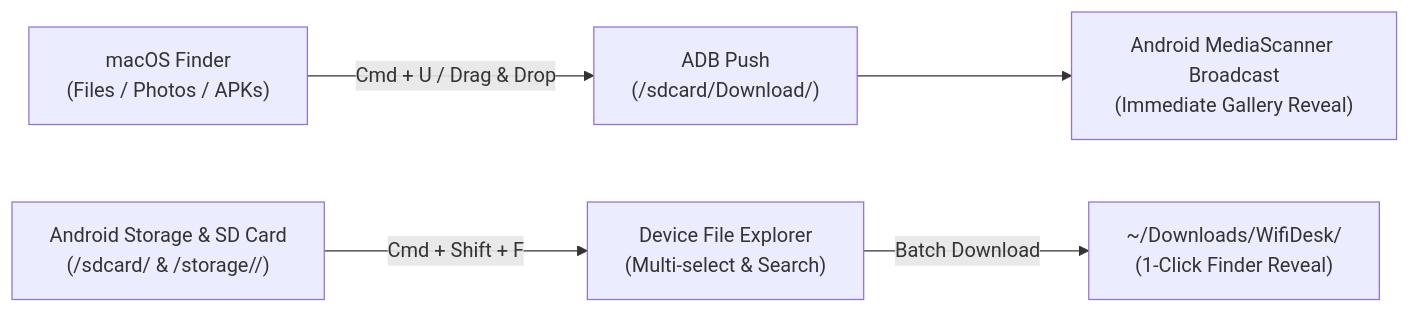
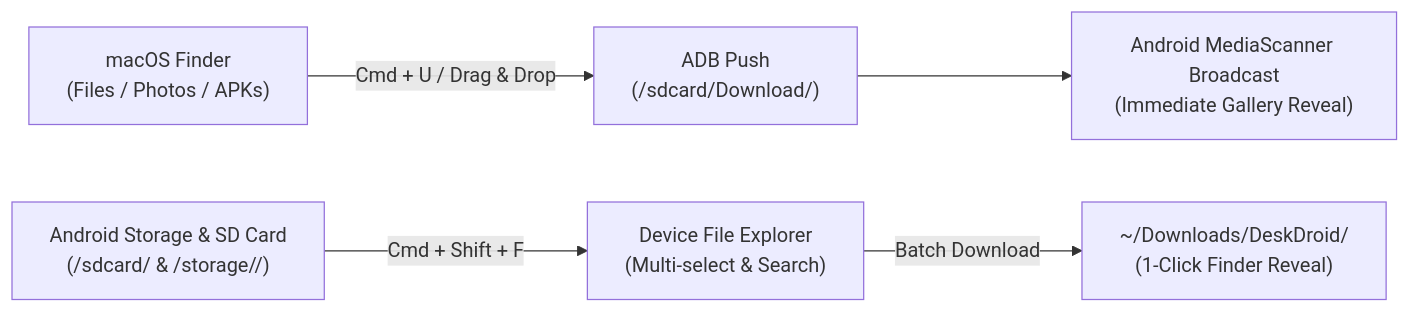
The diagram in docs/features/file-transfer-explorer.md (az-coder-123/azdroid), drawn with Mermaid before and after one commit. The commit also changed other lines of this file and 319 other files, not shown here.

Commit message:
refactor(branding): rename project from WifiDesk to DeskDroid across package, macOS config, and documentation

````diff
--- a/docs/features/file-transfer-explorer.md
+++ b/docs/features/file-transfer-explorer.md
@@ -14,8 +14,8 @@
 ```mermaid
 flowchart LR
     Mac["macOS Finder\n(Files / Photos / APKs)"] -->|Cmd + U / Drag & Drop| Push["ADB Push\n(/sdcard/Download/)"]
     Push --> MediaScan["Android MediaScanner Broadcast\n(Immediate Gallery Reveal)"]
     
     AndroidStorage["Android Storage & SD Card\n(/sdcard/ & /storage/<UUID>/)"] -->|Cmd + Shift + F| Explorer["Device File Explorer\n(Multi-select & Search)"]
-    Explorer -->|Batch Download| MacDownloads["~/Downloads/WifiDesk/\n(1-Click Finder Reveal)"]
+    Explorer -->|Batch Download| MacDownloads["~/Downloads/DeskDroid/\n(1-Click Finder Reveal)"]
 ```
````
